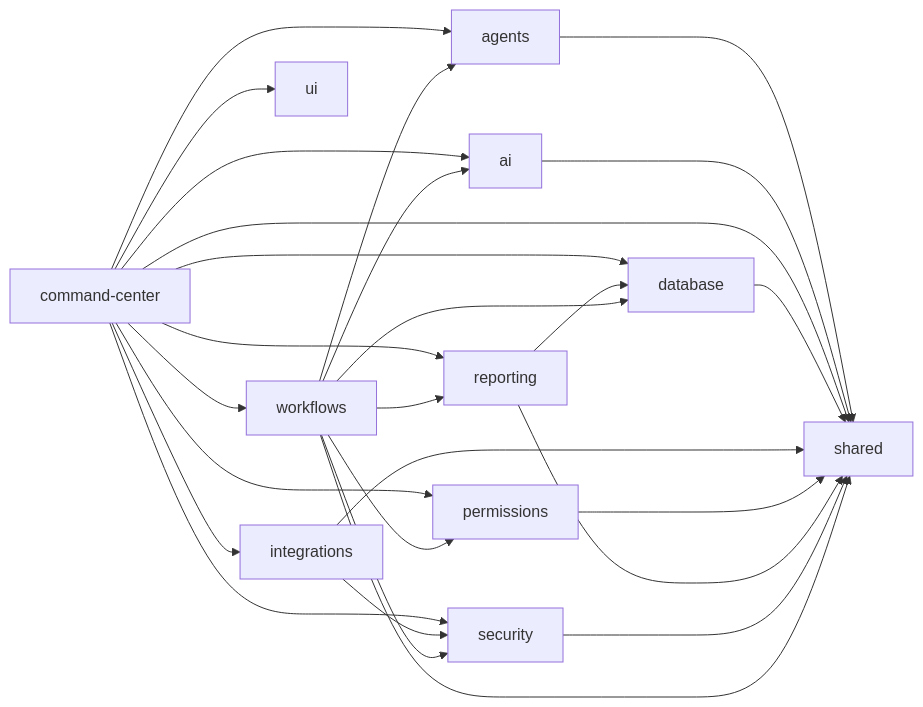
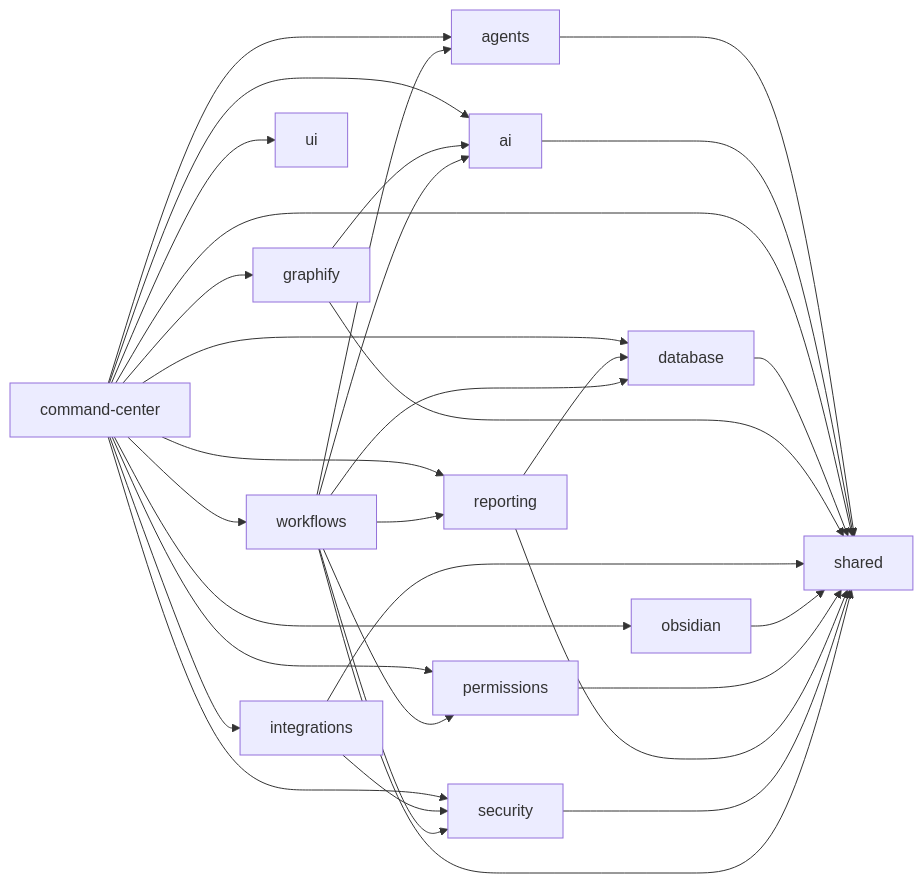
The diagram in jarvis-core/docs/codebase/CATALOG.generated.md (arianfarrokhirad-source/coffee-society), drawn with Mermaid before and after one commit. The commit also changed other lines of this file and 10 other files, not shown here.

````diff
--- a/jarvis-core/docs/codebase/CATALOG.generated.md
+++ b/jarvis-core/docs/codebase/CATALOG.generated.md
@@ -26,29 +28,34 @@
 ```mermaid
 graph LR
   agents --> shared
   ai --> shared
   command-center --> agents
   command-center --> ai
   command-center --> database
+  command-center --> graphify
   command-center --> integrations
+  command-center --> obsidian
   command-center --> permissions
   command-center --> reporting
   command-center --> security
   command-center --> shared
   command-center --> ui
   command-center --> workflows
   database --> shared
+  graphify --> ai
+  graphify --> shared
   integrations --> security
   integrations --> shared
+  obsidian --> shared
   permissions --> shared
   reporting --> database
   reporting --> shared
   security --> shared
   workflows --> agents
   workflows --> ai
   workflows --> database
   workflows --> permissions
   workflows --> reporting
   workflows --> security
   workflows --> shared
 ```
````
